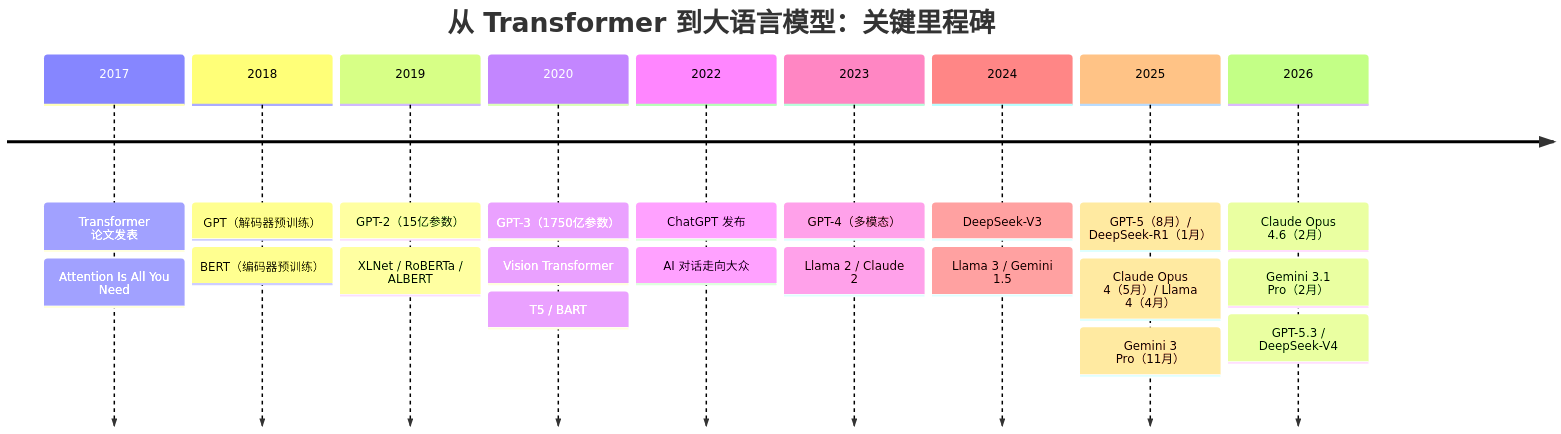
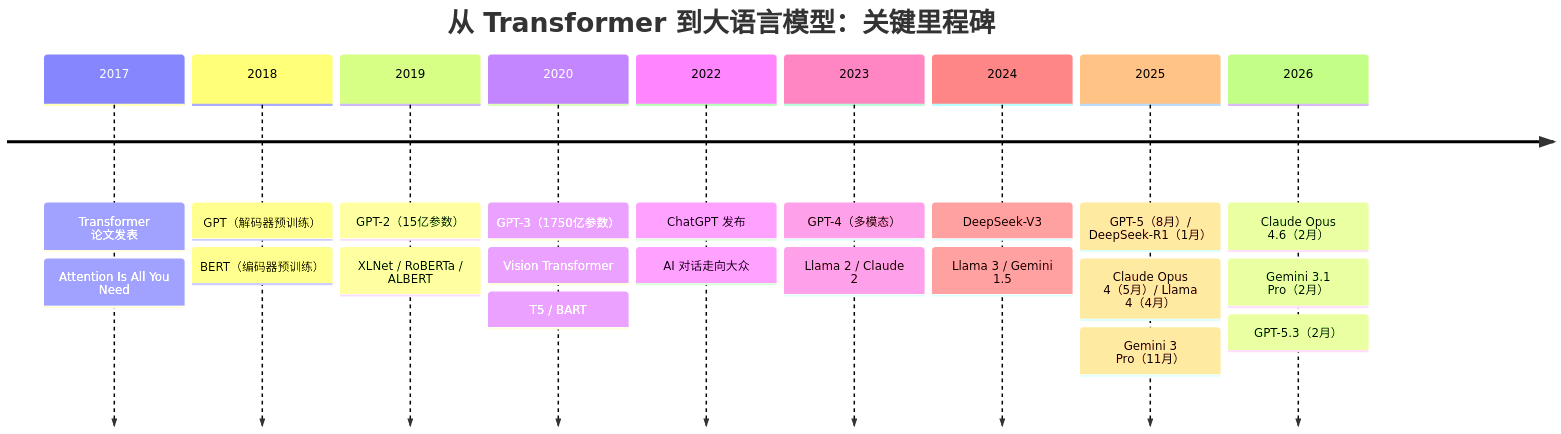
One commit to yeasy/llm_internals changed the diagram in 01_introduction/1.5_milestones.md. Above: the diagram before and after it, drawn with Mermaid. The commit also changed other lines of this file, not shown here.

Commit message:
Remove unverified DeepSeek versions

````diff
--- a/01_introduction/1.5_milestones.md
+++ b/01_introduction/1.5_milestones.md
@@ -5,25 +5,25 @@
 ```mermaid
 timeline
     title 从 Transformer 到大语言模型：关键里程碑
     2017 : Transformer 论文发表
          : Attention Is All You Need
     2018 : GPT（解码器预训练）
          : BERT（编码器预训练）
     2019 : GPT-2（15亿参数）
          : XLNet / RoBERTa / ALBERT
     2020 : GPT-3（1750亿参数）
          : Vision Transformer
          : T5 / BART
     2022 : ChatGPT 发布
          : AI 对话走向大众
     2023 : GPT-4（多模态）
          : Llama 2 / Claude 2
     2024 : DeepSeek-V3
          : Llama 3 / Gemini 1.5
     2025 : GPT-5（8月）/ DeepSeek-R1（1月）
          : Claude Opus 4（5月）/ Llama 4（4月）
          : Gemini 3 Pro（11月）
     2026 : Claude Opus 4.6（2月）
          : Gemini 3.1 Pro（2月）
-         : GPT-5.3 / DeepSeek-V4
+         : GPT-5.3（2月）
 ```
````
